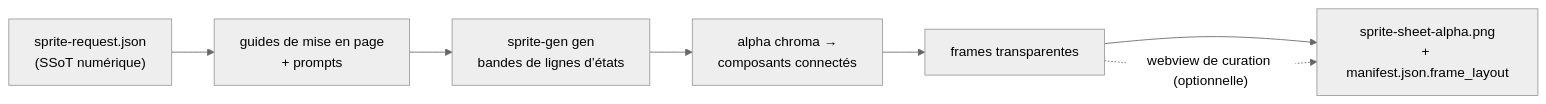
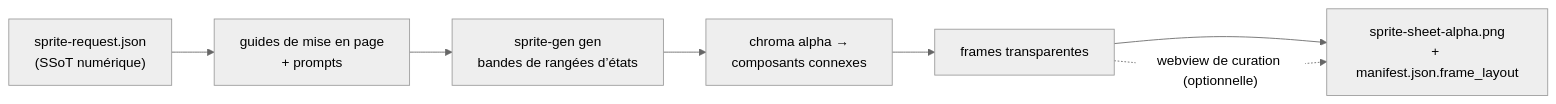
The diagram in README.fr.md (aldegad/sprite-gen), drawn with Mermaid (neutral theme) before and after one commit. The commit also changed other lines of this file and 10 other files, not shown here.

Commit message:
feat(cutout): route on corner colour — white/ivory→matte, magenta/green key→reuse extract.remove_chroma_background (no drift); --key auto|white|magenta|green; +6 routing tests; docs+i18n (v1.56.79)

````diff
--- a/README.fr.md
+++ b/README.fr.md
@@ -35,9 +35,9 @@
 ```mermaid
 flowchart LR
     REQ["sprite-request.json<br/>(SSoT numérique)"] --> GUIDES["guides de mise en page<br/>+ prompts"]
-    GUIDES --> GEN["sprite-gen gen<br/>bandes de lignes d’états"]
-    GEN --> EXTRACT["alpha chroma →<br/>composants connectés"]
+    GUIDES --> GEN["sprite-gen gen<br/>bandes de rangées d’états"]
+    GEN --> EXTRACT["chroma alpha →<br/>composants connexes"]
     EXTRACT --> FRAMES["frames transparentes"]
     FRAMES --> ATLAS["sprite-sheet-alpha.png<br/>+ manifest.json.frame_layout"]
     FRAMES -. "webview de curation (optionnelle)" .-> ATLAS
 ```
````
